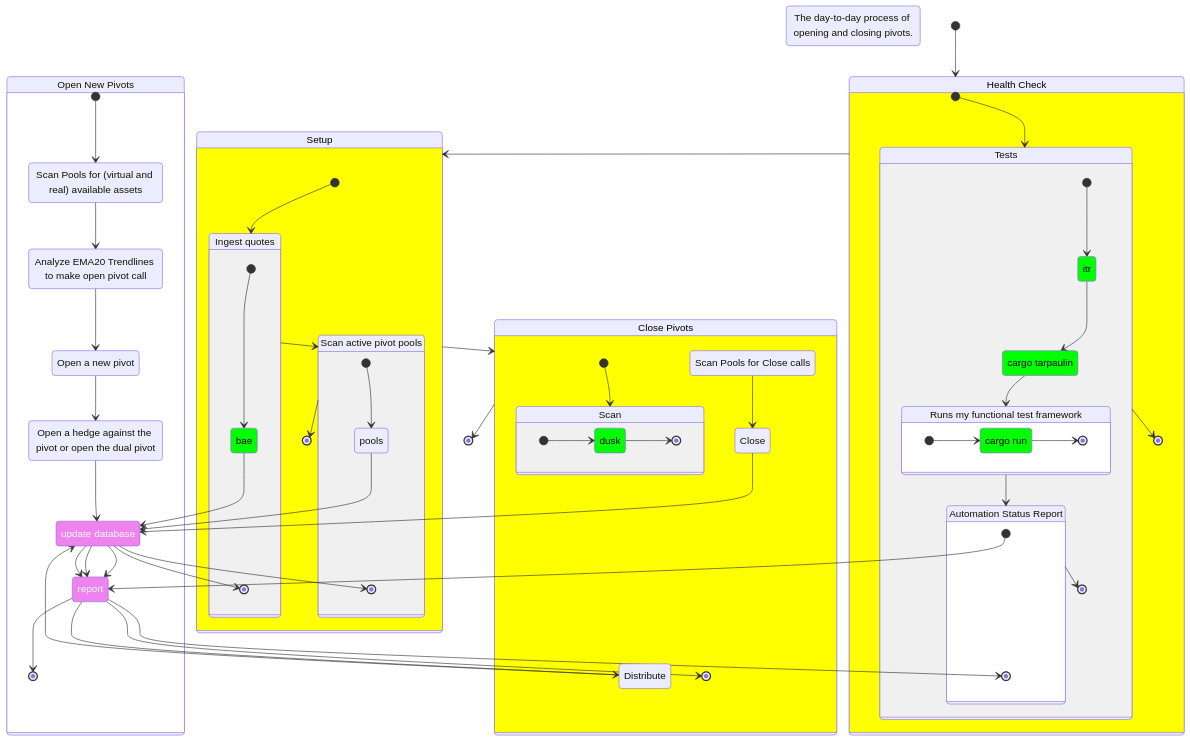
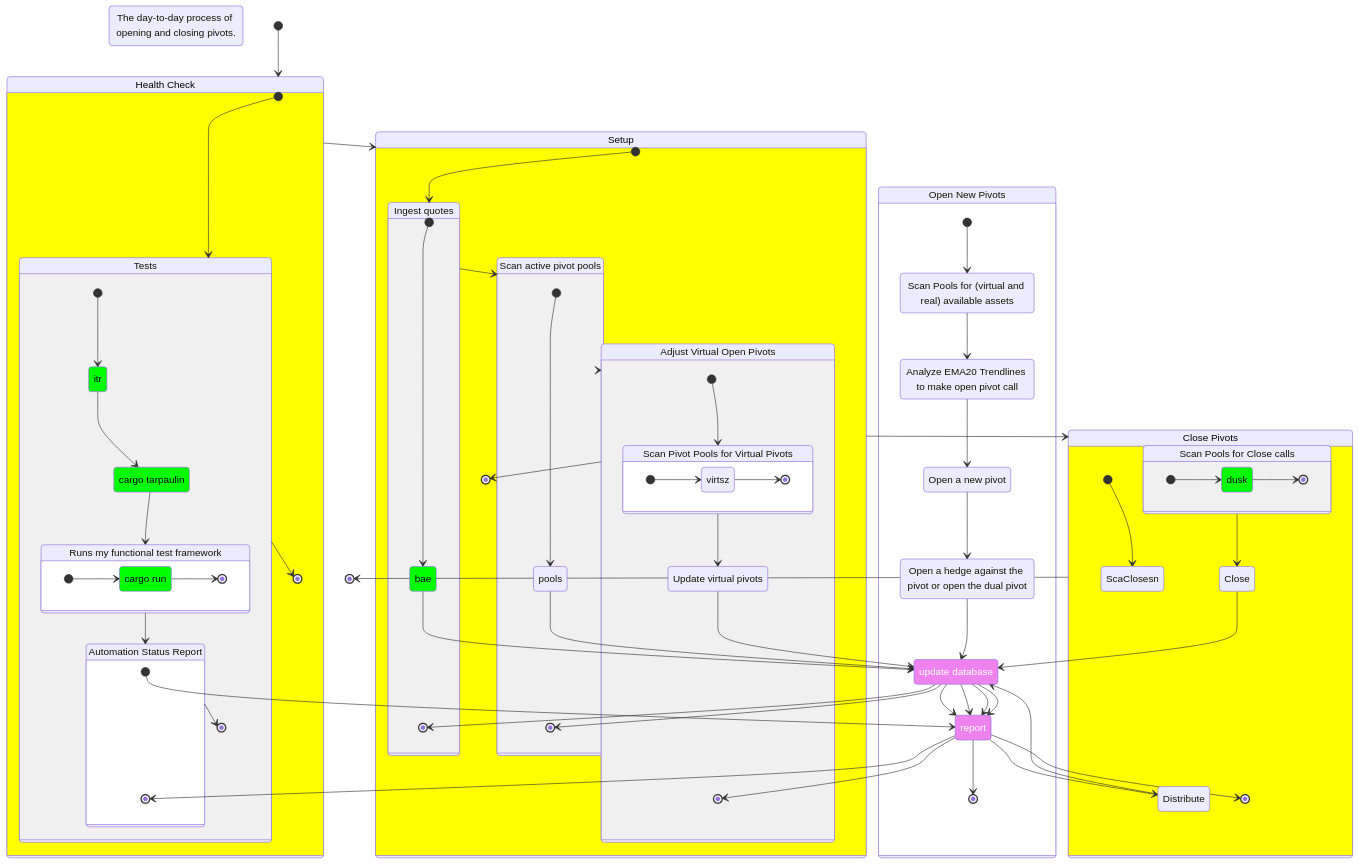
One commit to pivoteur/protocol changed the diagram in dapps/README.md. Above: the diagram before and after it, drawn with Mermaid.

Commit message:
Added virtual pivot analysis

```diff
--- a/dapps/README.md
+++ b/dapps/README.md
@@ -35,6 +35,7 @@
    Tests: Health Check
    state Tests {
       direction LR
+
       [*] --> Integration
       Integration --> [*]
 
@@ -67,13 +68,16 @@
    Setup: Setup
    state Setup {
       direction LR
+
       [*] --> Quotes
       Quotes --> Pools
-      Pools --> [*]
+      Pools --> AdjustVirtualPivots
+      AdjustVirtualPivots --> [*]
 
       Quotes: Ingest quotes
       state Quotes {
          direction LR
+
          [*] --> bae
          bae --> UpdateDb
          UpdateDb --> [*]
@@ -82,9 +86,31 @@
       Pools: Scan active pivot pools
       state Pools {
          direction LR
+
          [*] --> pools
          pools --> UpdateDb
          UpdateDb --> [*]
+      }
+
+      AdjustVirtualPivots: Adjust Virtual Open Pivots
+      state AdjustVirtualPivots {
+         direction LR
+
+         [*] --> ScanVirtsz
+         ScanVirtsz --> AdjustVirtsz
+         AdjustVirtsz --> UpdateDb
+         UpdateDb --> report
+         report --> [*]
+
+         ScanVirtsz: Scan Pivot Pools for Virtual Pivots
+         state ScanVirtsz {
+            direction LR
+
+            [*] --> virtsz
+            virtsz --> [*]
+         }
+
+         AdjustVirtsz: Update virtual pivots
       }
    }
 
@@ -92,7 +118,7 @@
    state Closes {
       direction LR
 
-      [*] --> Scan
+      [*] --> ScaClosesn
       ScanCloses --> Close
       Close --> UpdateDb
       UpdateDb --> report
@@ -102,8 +128,9 @@
       report --> [*]
 
       ScanCloses: Scan Pools for Close calls
-      state Scan {
+      state ScanCloses {
          direction LR
+
          [*] --> dusk
          dusk --> [*]
       }
```
